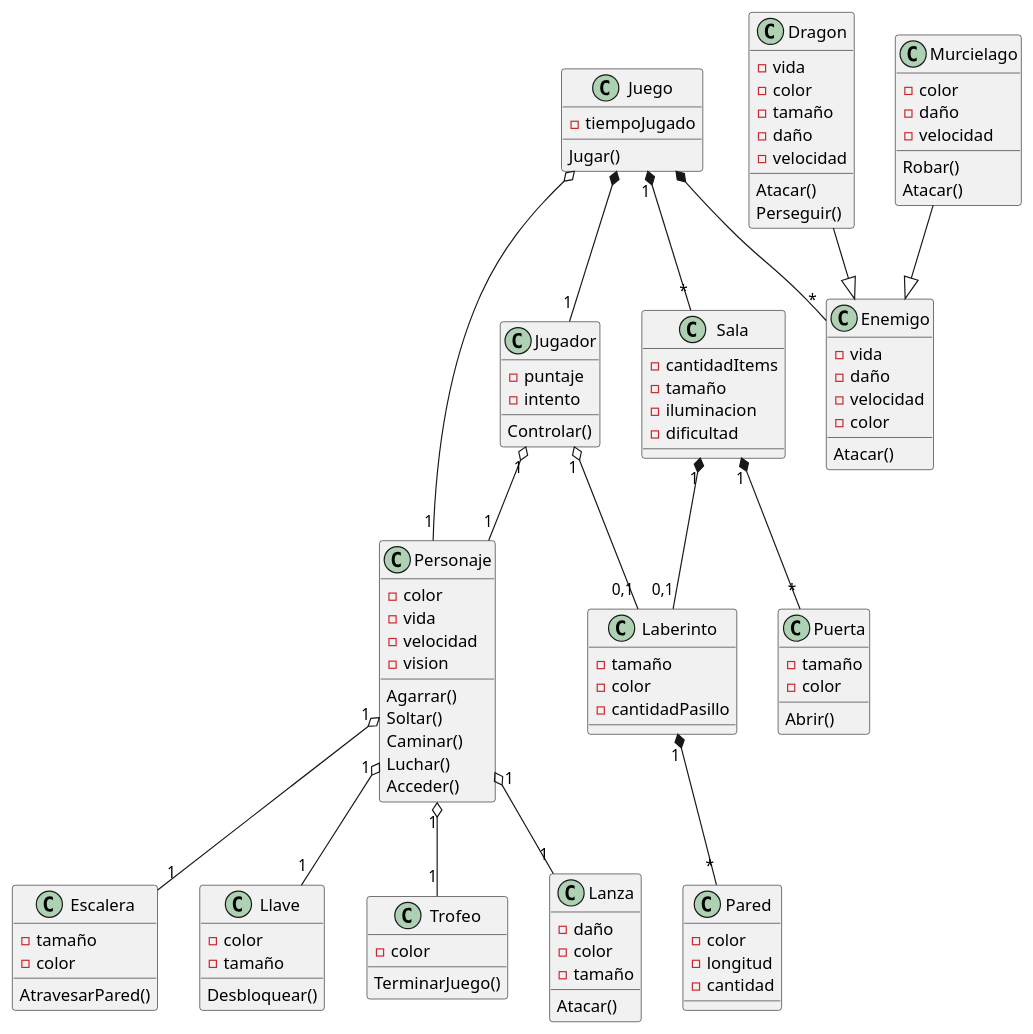
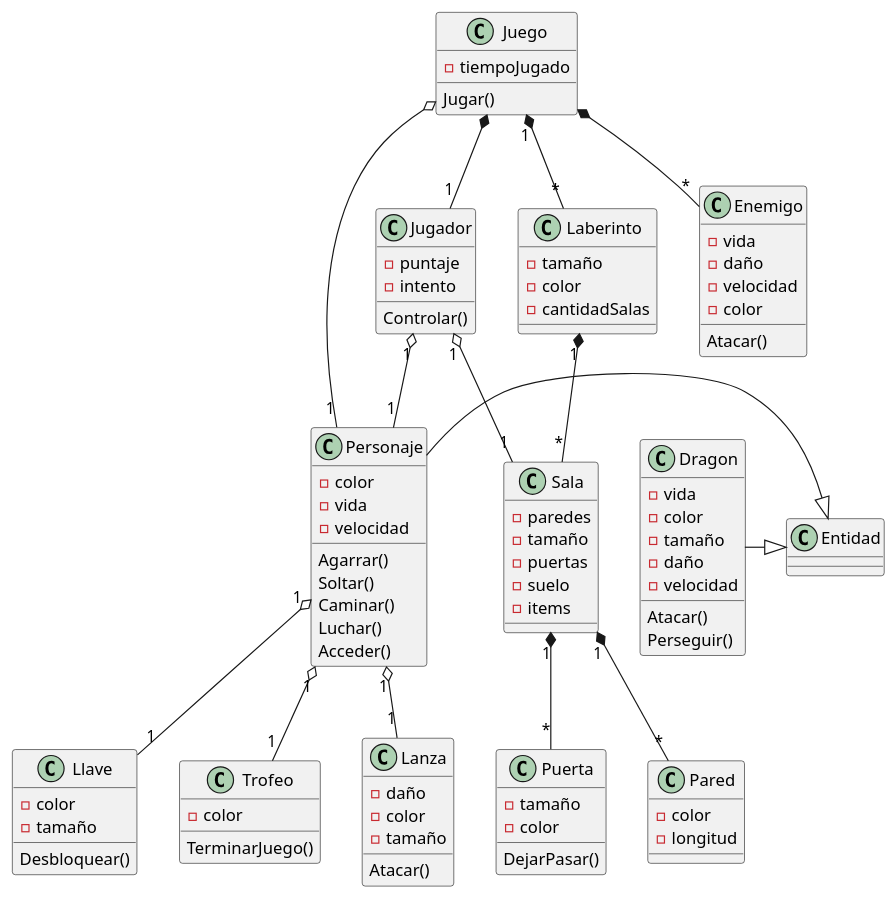
Before and after one commit to joseassad13/Adveture_The_Game: the diagram in docs/adventure.puml, drawn with PlantUML. The commit also changed 30 other files, not shown here.

```diff
--- a/docs/adventure.puml
+++ b/docs/adventure.puml
@@ -1,126 +1,111 @@
 @startuml Adventure
 
 class Juego
 {
     Jugar()
     -tiempoJugado
 }
 class Jugador
 {
     Controlar()
     -puntaje
     -intento
 }
 class Personaje 
 {
     Agarrar()
     Soltar()
     Caminar()
     Luchar()
     Acceder()
     -color
     -vida
     -velocidad
-    -vision
 }
 
-class Escalera
-{
-    AtravesarPared()
-    -tamaño
-    -color
-}
 class Llave
 {
     Desbloquear()
     -color
     -tamaño
 }
 class Trofeo
 {
     TerminarJuego()
     -color
 }
 class Lanza 
 {
     Atacar()
     -daño
     -color 
     -tamaño
 }
 
 class Sala
 {
-    -cantidadItems
+    -paredes
     -tamaño
-    -iluminacion
-    -dificultad
-
+    -puertas
+    -suelo
+    -items
 }
 class Puerta 
 {
-    Abrir()
+    DejarPasar()
     -tamaño 
     -color
 }
 class Laberinto
 {
     -tamaño
     -color
-    -cantidadPasillo
+    -cantidadSalas
 }
 class Pared
 {
     -color
     -longitud
-    -cantidad
 }
 
 class Dragon
 {
     Atacar()
     Perseguir()
     -vida
     -color
     -tamaño
     -daño
     -velocidad
 }
 class Enemigo
 {
     Atacar()
     -vida
     -daño
     -velocidad 
     -color
 }
 
-class Murcielago
-{
-    Robar()
-    Atacar()
-    -color
-    -daño
-    -velocidad
-}
+
+class Entidad
 
 Jugador "1" o-- "1" Personaje
 Juego *-- "1" Jugador
 Juego o-- "1" Personaje
 
 Juego *-- "*" Enemigo
-Personaje "1" o-- "1" Escalera
 Personaje "1" o-- "1" Llave
 Personaje "1" o-- "1" Trofeo
 Personaje "1" o-- "1" Lanza
 
-Juego "1" *-- "*"Sala
-Sala "1" *-- "0,1"Laberinto
-Jugador "1" o--"0,1"Laberinto
+Juego "1" *-- "*"Laberinto
+Laberinto "1" *-- "*"Sala
+Jugador "1" o--"1"Sala
 Sala "1"*-- "*" Puerta
-Laberinto "1" *-- "*" Pared 
+Sala "1" *-- "*" Pared 
 
-Murcielago --|>Enemigo
-Dragon --|>Enemigo
+Personaje -|> Entidad
+Dragon -|> Entidad
 
 @enduml
```
